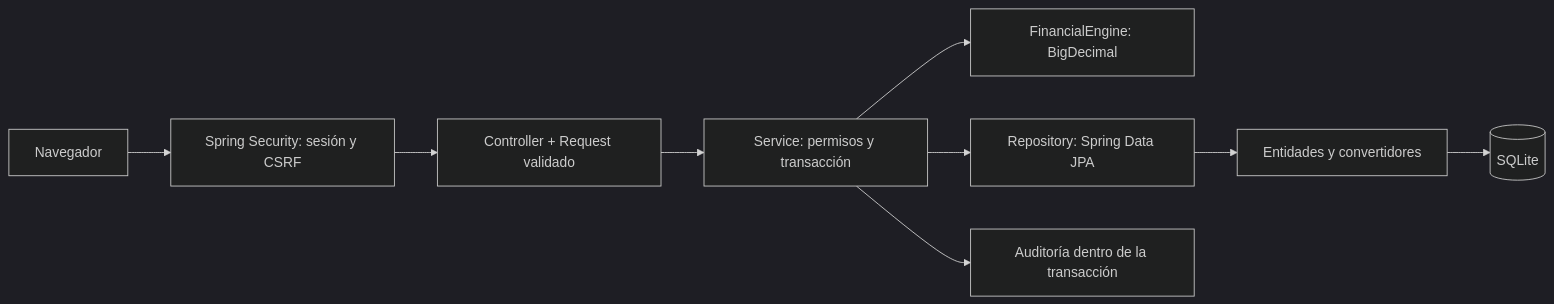
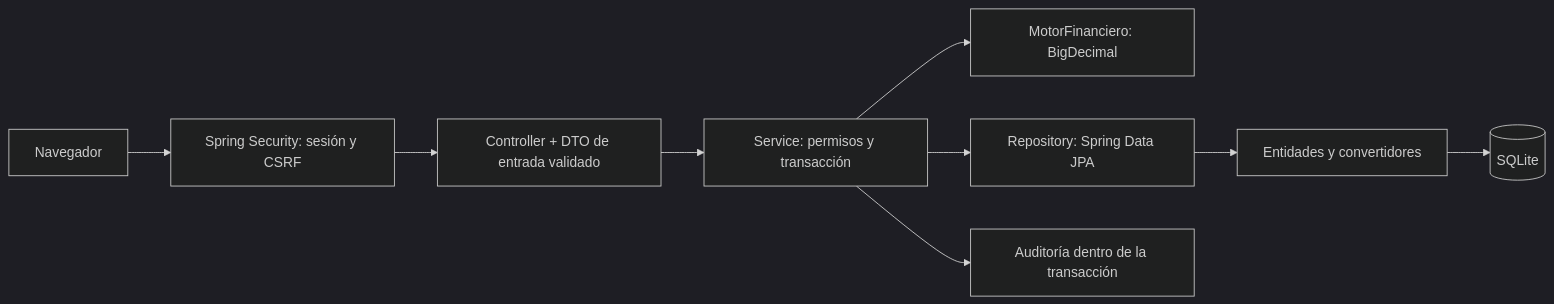
The diagram in docs/ARQUITECTURA.md (Juan2246/Trabajo-Final-Finanzas-), drawn with Mermaid (dark theme) before and after one commit. The commit also changed other lines of this file and 189 other files, not shown here.

````diff
--- a/docs/ARQUITECTURA.md
+++ b/docs/ARQUITECTURA.md
@@ -7,11 +7,11 @@
 ```mermaid
 flowchart LR
     B[Navegador] --> S[Spring Security: sesión y CSRF]
-    S --> C[Controller + Request validado]
+    S --> C[Controller + DTO de entrada validado]
     C --> V[Service: permisos y transacción]
-    V --> F[FinancialEngine: BigDecimal]
+    V --> F[MotorFinanciero: BigDecimal]
     V --> R[Repository: Spring Data JPA]
     R --> E[Entidades y convertidores]
     E --> D[(SQLite)]
     V --> A[Auditoría dentro de la transacción]
 ```
````
